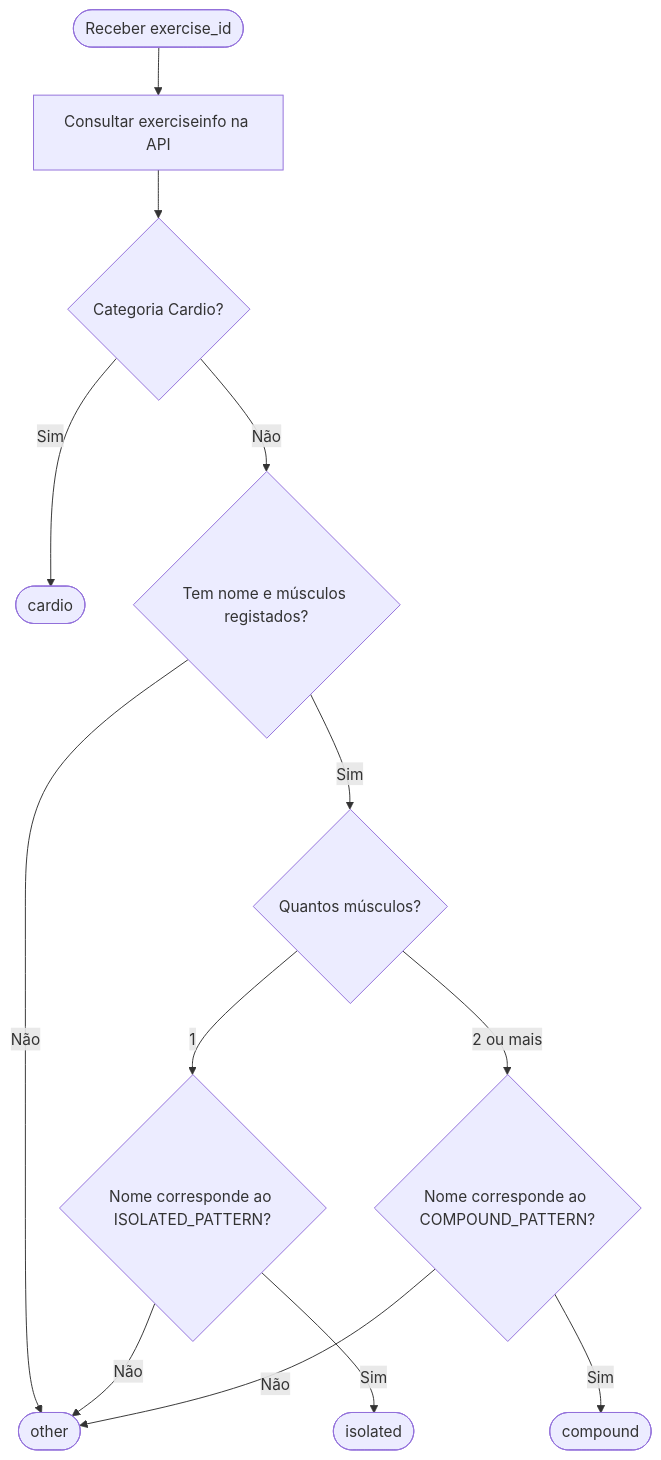
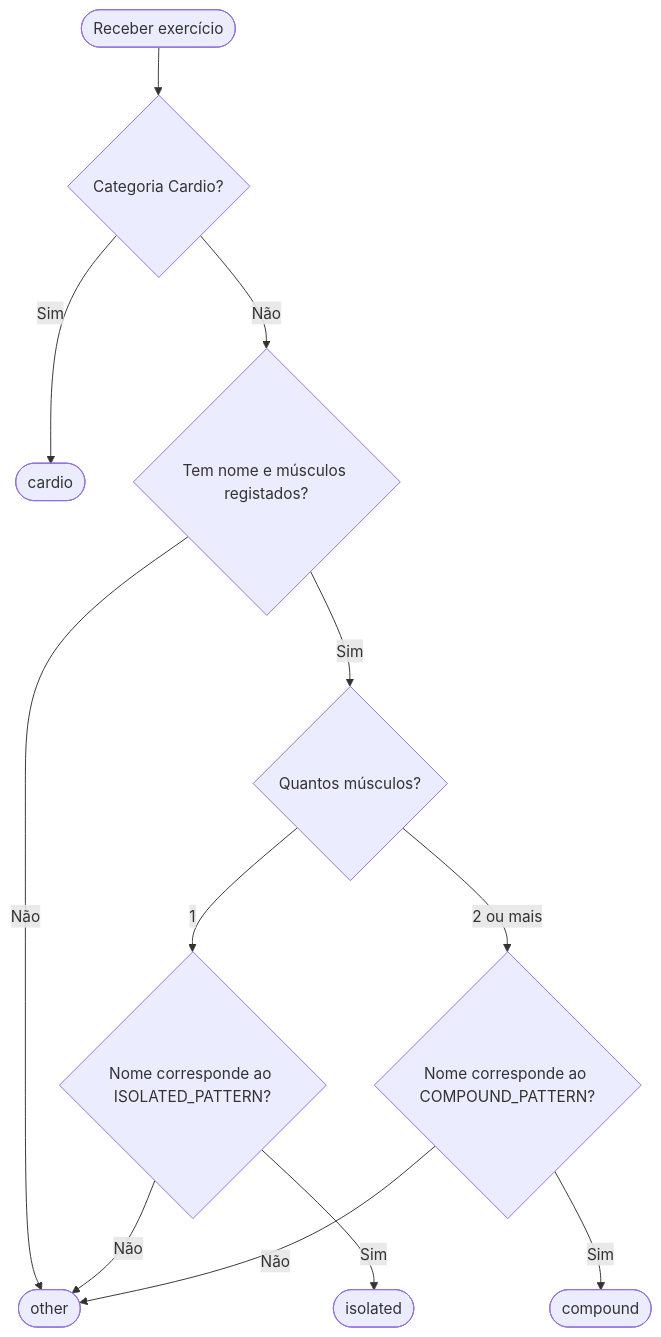
The diagram in fitlib/README_C.md (nathansperinde/ALPCD_12), drawn with Mermaid before and after one commit. The commit also changed other lines of this file and 1 other file, not shown here.

````diff
--- a/fitlib/README_C.md
+++ b/fitlib/README_C.md
@@ -25,15 +33,14 @@
 ```mermaid
 flowchart TD
-    A([Receber exercise_id]) --> B[Consultar exerciseinfo na API]
-    B --> C{Categoria Cardio?}
+    A([Receber exercício]) --> C{Categoria Cardio?}
     C -->|Sim| D([cardio])
     C -->|Não| E{Tem nome e músculos registados?}
     E -->|Não| F([other])
     E -->|Sim| G{Quantos músculos?}
     G -->|1| H{Nome corresponde ao ISOLATED_PATTERN?}
     G -->|2 ou mais| I{Nome corresponde ao COMPOUND_PATTERN?}
     H -->|Sim| J([isolated])
     H -->|Não| F
     I -->|Sim| K([compound])
     I -->|Não| F
 ```
````
